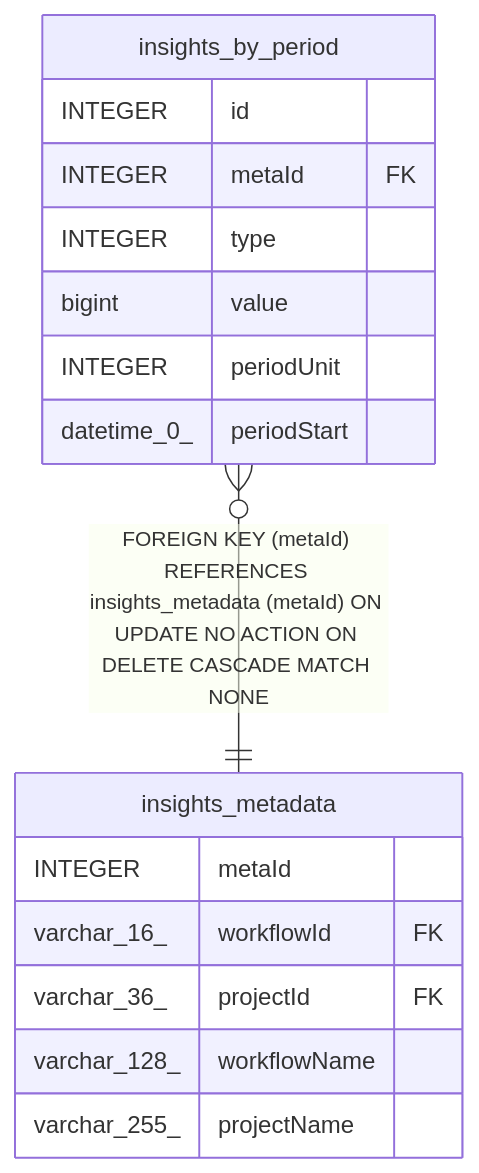
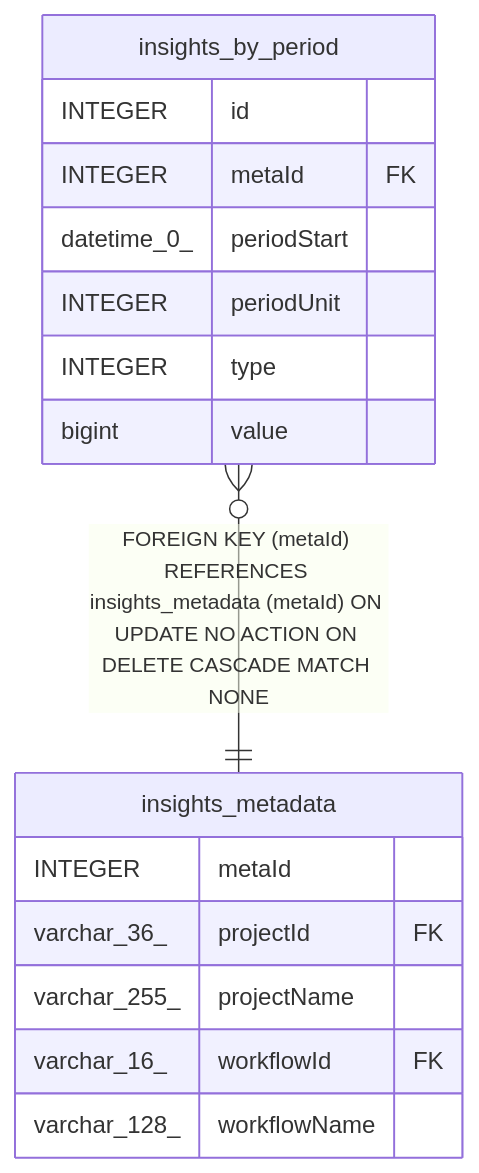
One commit to mayankjain1815-commits/n8n changed the diagram in docs/generated/sqlite-schema/insights_by_period.md. Above: the diagram before and after it, drawn with Mermaid. The commit also changed other lines of this file and 221 other files, not shown here.

Commit message:
chore(core): Make DB schema docs generation deterministic (#32373)

````diff
--- a/docs/generated/sqlite-schema/insights_by_period.md
+++ b/docs/generated/sqlite-schema/insights_by_period.md
@@ -40,21 +40,21 @@
 ```mermaid
 erDiagram
 
 "insights_by_period" }o--|| "insights_metadata" : "FOREIGN KEY (metaId) REFERENCES insights_metadata (metaId) ON UPDATE NO ACTION ON DELETE CASCADE MATCH NONE"
 
 "insights_by_period" {
   INTEGER id
   INTEGER metaId FK
+  datetime_0_ periodStart
+  INTEGER periodUnit
   INTEGER type
   bigint value
-  INTEGER periodUnit
-  datetime_0_ periodStart
 }
 "insights_metadata" {
   INTEGER metaId
+  varchar_36_ projectId FK
+  varchar_255_ projectName
   varchar_16_ workflowId FK
-  varchar_36_ projectId FK
   varchar_128_ workflowName
-  varchar_255_ projectName
 }
 ```
````
